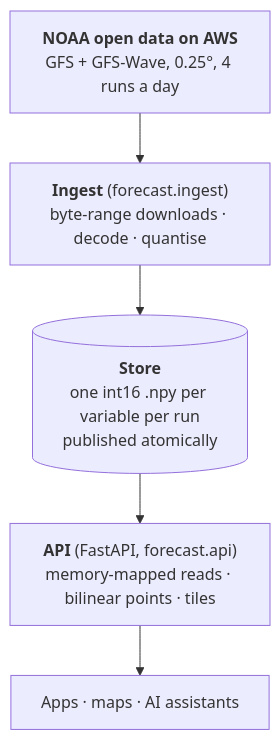
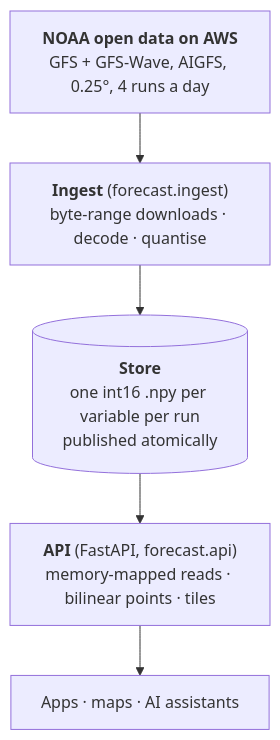
The diagram in README.md (similie/4Shadow-api), drawn with Mermaid before and after one commit. The commit also changed other lines of this file and 21 other files, not shown here.

Commit message:
More GFS variables, heat/fire/energy indices, and AIGFS as a second model (#5)

````diff
--- a/README.md
+++ b/README.md
@@ -120,9 +122,9 @@
 ```mermaid
 flowchart TB
-  noaa["<b>NOAA open data on AWS</b><br/>GFS + GFS-Wave, 0.25°, 4 runs a day"]
+  noaa["<b>NOAA open data on AWS</b><br/>GFS + GFS-Wave, AIGFS, 0.25°, 4 runs a day"]
   ingest["<b>Ingest</b> (forecast.ingest)<br/>byte-range downloads · decode · quantise"]
   store[("<b>Store</b><br/>one int16 .npy per variable per run<br/>published atomically")]
   api["<b>API</b> (FastAPI, forecast.api)<br/>memory-mapped reads · bilinear points · tiles"]
   clients["Apps · maps · AI assistants"]
   noaa --> ingest --> store --> api --> clients
 ```
````
